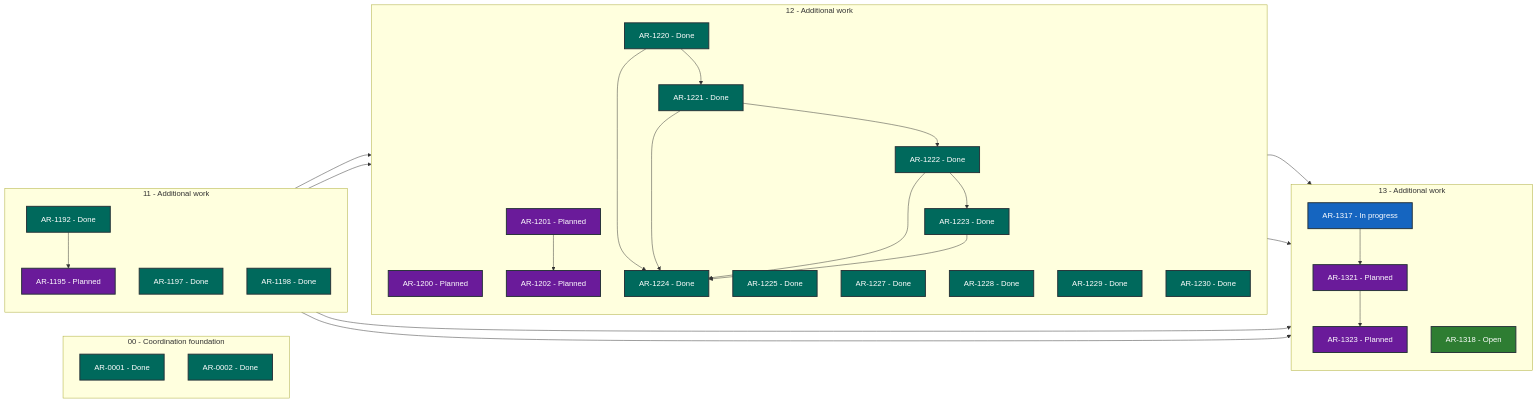
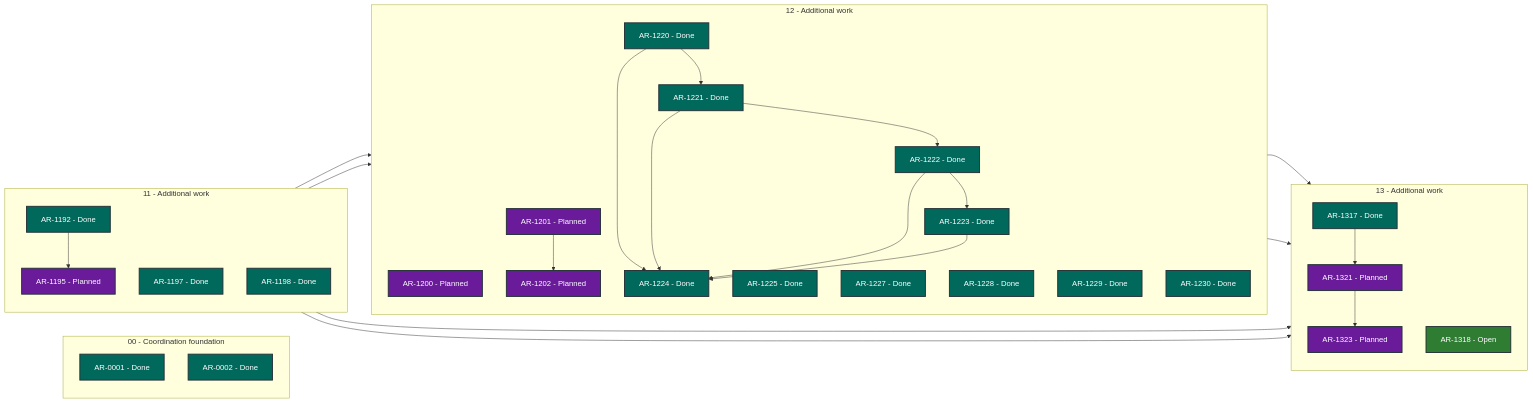
Before and after one commit to martin-beck/asb-tui-state: the diagram in STATUS.md, drawn with Mermaid. The commit also changed other lines of this file and 2 other files, not shown here.

````diff
--- a/STATUS.md
+++ b/STATUS.md
@@ -27,63 +27,63 @@
 ```mermaid
 flowchart LR
     subgraph series_00["00 - Coordination foundation"]
         direction TB
         AR_0001["AR-0001 - Done"]:::status_done
         AR_0002["AR-0002 - Done"]:::status_done
     end
     subgraph series_11["11 - Additional work"]
         direction TB
         AR_1192["AR-1192 - Done"]:::status_done
         AR_1195["AR-1195 - Planned"]:::status_planned
         AR_1197["AR-1197 - Done"]:::status_done
         AR_1198["AR-1198 - Done"]:::status_done
     end
     subgraph series_12["12 - Additional work"]
         direction TB
         AR_1200["AR-1200 - Planned"]:::status_planned
         AR_1201["AR-1201 - Planned"]:::status_planned
         AR_1202["AR-1202 - Planned"]:::status_planned
         AR_1220["AR-1220 - Done"]:::status_done
         AR_1221["AR-1221 - Done"]:::status_done
         AR_1222["AR-1222 - Done"]:::status_done
         AR_1223["AR-1223 - Done"]:::status_done
         AR_1224["AR-1224 - Done"]:::status_done
         AR_1225["AR-1225 - Done"]:::status_done
         AR_1227["AR-1227 - Done"]:::status_done
         AR_1228["AR-1228 - Done"]:::status_done
         AR_1229["AR-1229 - Done"]:::status_done
         AR_1230["AR-1230 - Done"]:::status_done
     end
     subgraph series_13["13 - Additional work"]
         direction TB
-        AR_1317["AR-1317 - In progress"]:::status_in_progress
+        AR_1317["AR-1317 - Done"]:::status_done
         AR_1318["AR-1318 - Open"]:::status_open
         AR_1321["AR-1321 - Planned"]:::status_planned
         AR_1323["AR-1323 - Planned"]:::status_planned
     end
     AR_1192 --> AR_1195
     AR_1192 --> AR_1317
     AR_1195 --> AR_1200
     AR_1197 --> AR_1201
     AR_1197 --> AR_1317
     AR_1201 --> AR_1202
     AR_1220 --> AR_1221
     AR_1220 --> AR_1224
     AR_1221 --> AR_1222
     AR_1221 --> AR_1224
     AR_1222 --> AR_1223
     AR_1222 --> AR_1224
     AR_1223 --> AR_1224
     AR_1228 --> AR_1317
     AR_1229 --> AR_1317
     AR_1317 --> AR_1321
     AR_1321 --> AR_1323
     classDef status_in_progress fill:#1565c0,color:#ffffff,stroke:#263238,stroke-width:2px
     classDef status_open fill:#2e7d32,color:#ffffff,stroke:#263238,stroke-width:2px
     classDef status_blocked fill:#c62828,color:#ffffff,stroke:#263238,stroke-width:2px
     classDef status_planned fill:#6a1b9a,color:#ffffff,stroke:#263238,stroke-width:2px
     classDef status_future fill:#455a64,color:#ffffff,stroke:#263238,stroke-width:2px
     classDef status_done fill:#00695c,color:#ffffff,stroke:#263238,stroke-width:2px
     classDef status_cancelled fill:#616161,color:#ffffff,stroke:#263238,stroke-width:2px
     classDef status_superseded fill:#5d4037,color:#ffffff,stroke:#263238,stroke-width:2px
 ```
````
